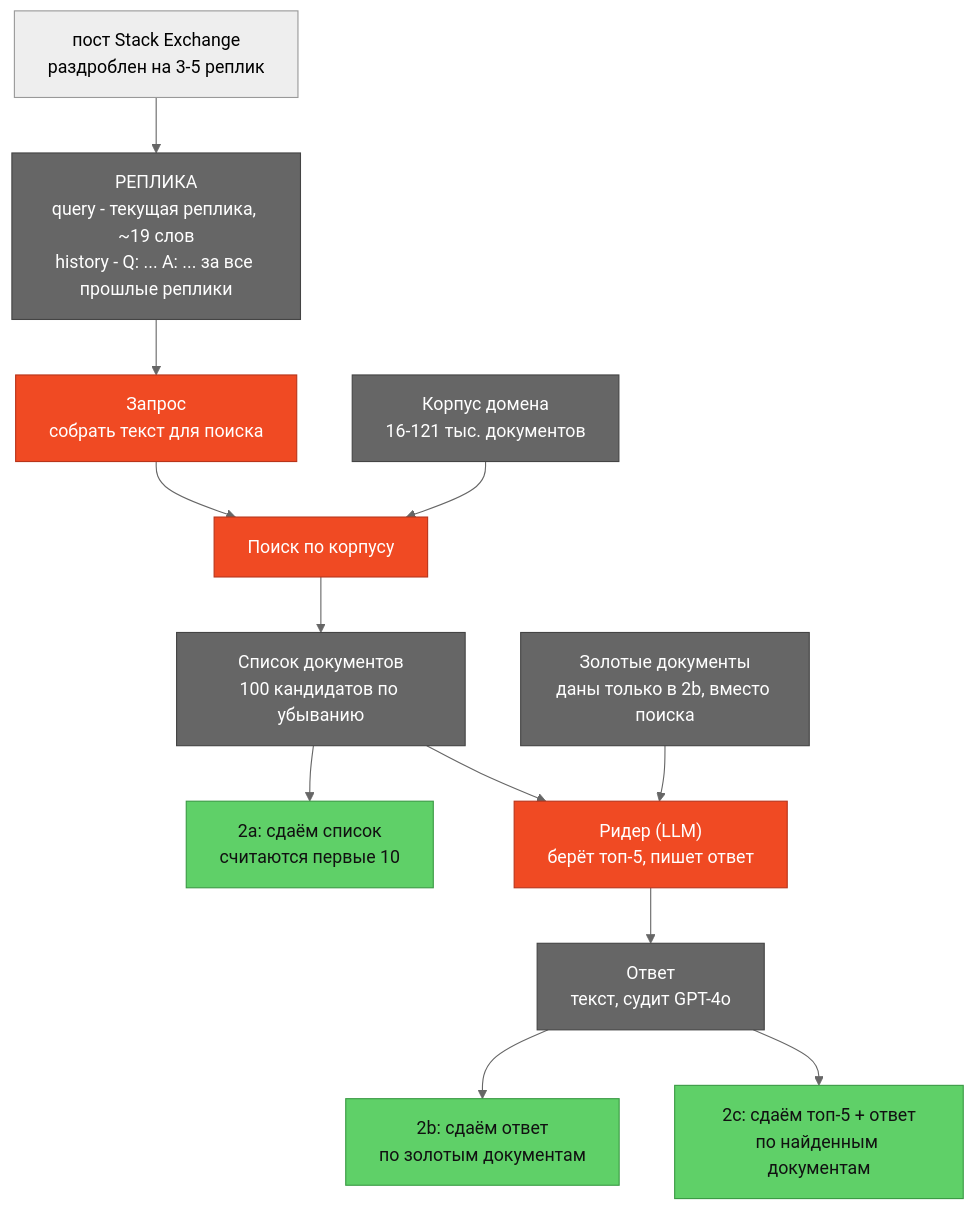
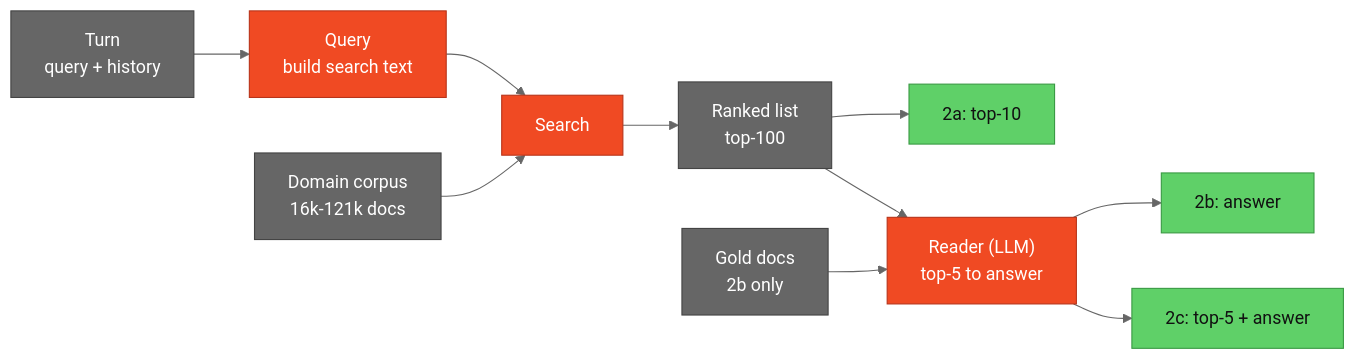
Before and after one commit to iskochergin/reteco-2026: the diagram in README.md, drawn with Mermaid (neutral theme). The commit also changed other lines of this file and 2 other files, not shown here.

````diff
--- a/README.md
+++ b/README.md
@@ -46,22 +28,19 @@
 ```mermaid
-flowchart TD
-    post["пост Stack Exchange<br/>раздроблен на 3-5 реплик"] --> turn
-    turn["РЕПЛИКА<br/>query - текущая реплика, ~19 слов<br/>history - Q: ... A: ... за все прошлые реплики"]
-    turn --> query["Запрос<br/>собрать текст для поиска"]
-    query --> search["Поиск по корпусу"]
-    corpus["Корпус домена<br/>16-121 тыс. документов"] --> search
-    search --> list["Список документов<br/>100 кандидатов по убыванию"]
-    list --> out2a["2a: сдаём список<br/>считаются первые 10"]
-    list --> reader["Ридер (LLM)<br/>берёт топ-5, пишет ответ"]
-    gold["Золотые документы<br/>даны только в 2b, вместо поиска"] --> reader
-    reader --> answer["Ответ<br/>текст, судит GPT-4o"]
-    answer --> out2b["2b: сдаём ответ<br/>по золотым документам"]
-    answer --> out2c["2c: сдаём топ-5 + ответ<br/>по найденным документам"]
+flowchart LR
+    T["Turn<br/>query + history"] --> Q["Query<br/>build search text"]
+    Q --> S["Search"]
+    C["Domain corpus<br/>16k-121k docs"] --> S
+    S --> L["Ranked list<br/>top-100"]
+    L --> A["2a: top-10"]
+    L --> R["Reader (LLM)<br/>top-5 to answer"]
+    G["Gold docs<br/>2b only"] --> R
+    R --> B["2b: answer"]
+    R --> D["2c: top-5 + answer"]
 
     classDef ours fill:#f04a23,stroke:#b8341a,color:#fff
     classDef data fill:#666,stroke:#444,color:#fff
     classDef out fill:#5fd068,stroke:#3a9a44,color:#111
-    class query,search,reader ours
-    class turn,corpus,list,gold,answer data
-    class out2a,out2b,out2c out
+    class Q,S,R ours
+    class T,C,L,G data
+    class A,B,D out
 ```
````
